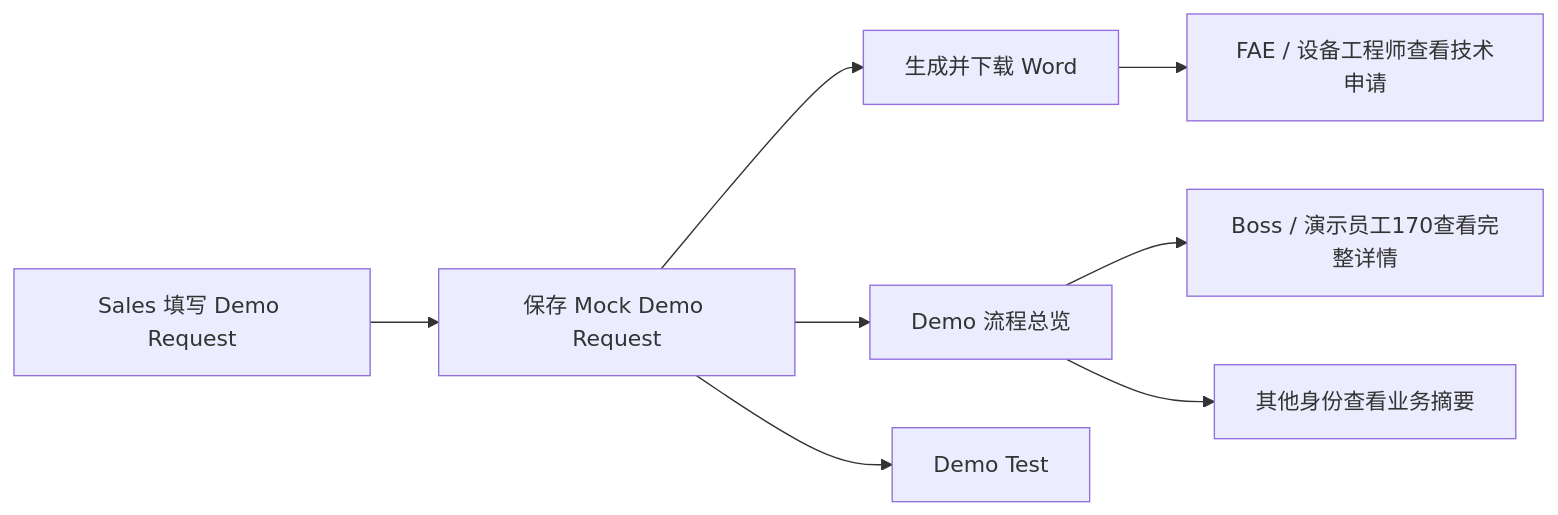
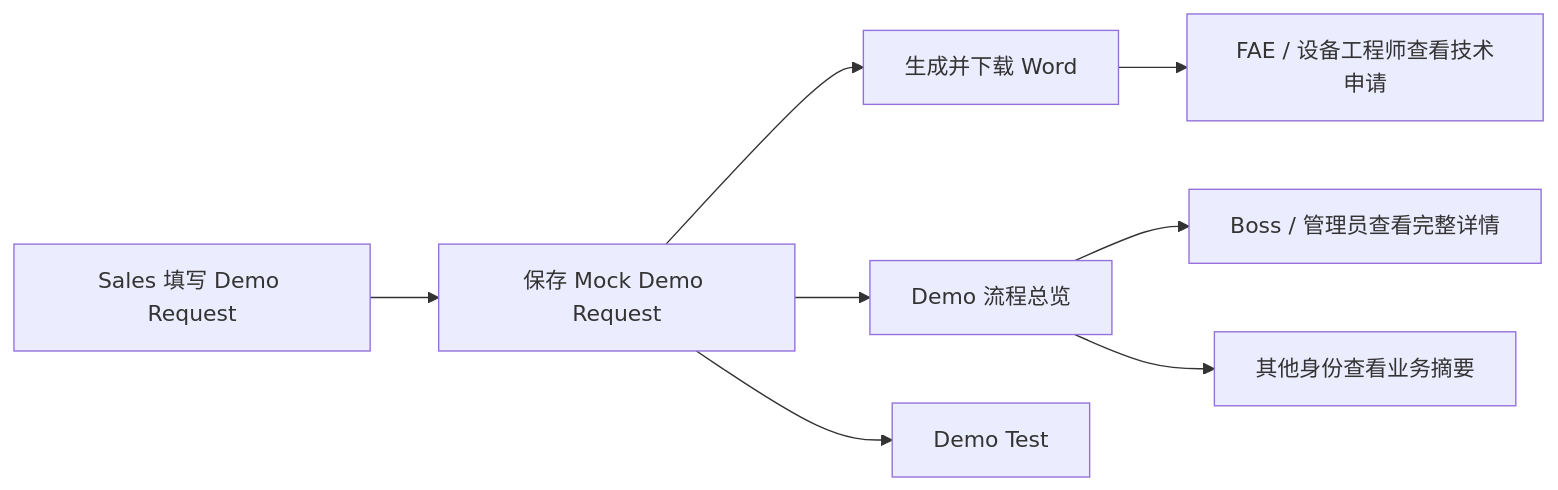
One commit to Meteor7/crm-system changed the diagram in docs/superpowers/specs/2026-07-22-demo-modules-word-request-design.md. Above: the diagram before and after it, drawn with Mermaid. The commit also changed 138 other files, not shown here.

````diff
--- a/docs/superpowers/specs/2026-07-22-demo-modules-word-request-design.md
+++ b/docs/superpowers/specs/2026-07-22-demo-modules-word-request-design.md
@@ -42,10 +42,10 @@
 ```mermaid
 flowchart LR
     Sales["Sales 填写 Demo Request"] --> Save["保存 Mock Demo Request"]
     Save --> Word["生成并下载 Word"]
     Save --> Overview["Demo 流程总览"]
     Save --> Test["Demo Test"]
-    Overview --> Boss["Boss / 演示员工170查看完整详情"]
+    Overview --> Boss["Boss / 管理员查看完整详情"]
     Overview --> Staff["其他身份查看业务摘要"]
     Word --> Engineer["FAE / 设备工程师查看技术申请"]
 ```
````
